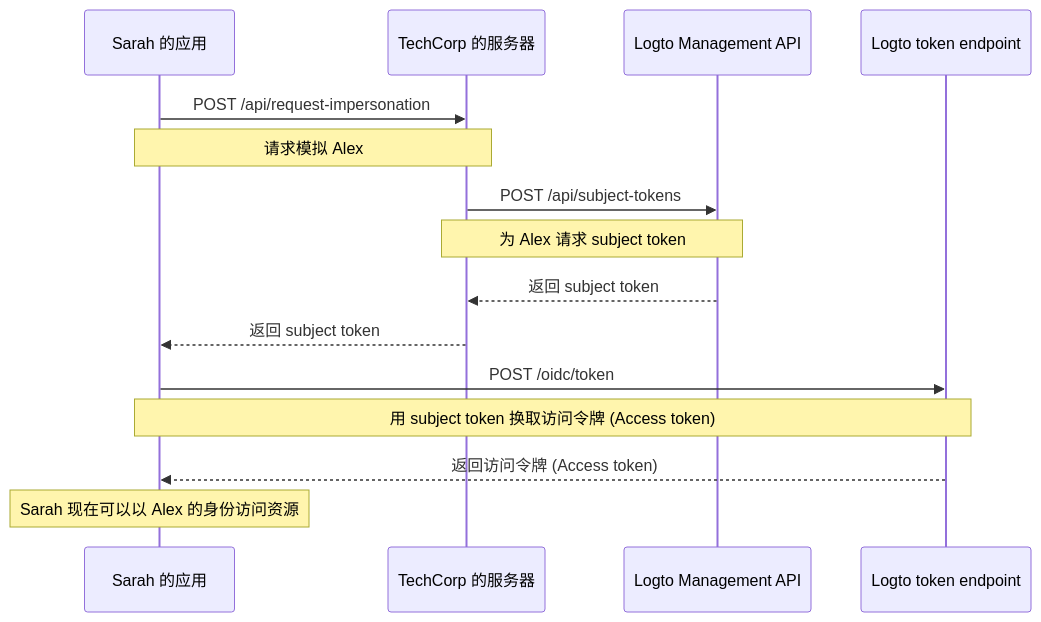
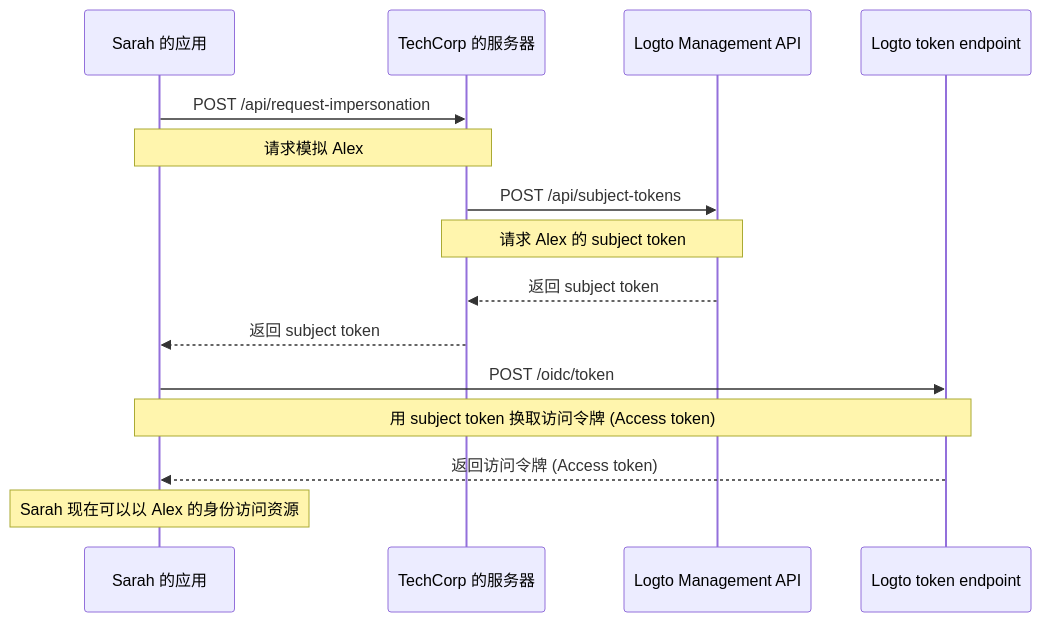
The diagram in i18n/zh-CN/docusaurus-plugin-content-docs/current/developers/user-impersonation.mdx (logto-io/docs), drawn with Mermaid before and after one commit. The commit also changed other lines of this file and 53 other files, not shown here.

````diff
--- a/i18n/zh-CN/docusaurus-plugin-content-docs/current/developers/user-impersonation.mdx
+++ b/i18n/zh-CN/docusaurus-plugin-content-docs/current/developers/user-impersonation.mdx
@@ -16,22 +18,22 @@
 ```mermaid
 sequenceDiagram
     participant Sarah as Sarah 的应用
     participant TechCorp as TechCorp 的服务器
     participant Logto as Logto Management API
     participant LogtoToken as Logto token endpoint
 
     Sarah->>TechCorp: POST /api/request-impersonation
     Note over Sarah,TechCorp: 请求模拟 Alex
 
     TechCorp->>Logto: POST /api/subject-tokens
-    Note over TechCorp,Logto: 为 Alex 请求 subject token
+    Note over TechCorp,Logto: 请求 Alex 的 subject token
 
     Logto-->>TechCorp: 返回 subject token
     TechCorp-->>Sarah: 返回 subject token
 
     Sarah->>LogtoToken: POST /oidc/token
     Note over Sarah,LogtoToken: 用 subject token 换取访问令牌 (Access token)
 
     LogtoToken-->>Sarah: 返回访问令牌 (Access token)
     Note over Sarah: Sarah 现在可以以 Alex 的身份访问资源
 ```
````
